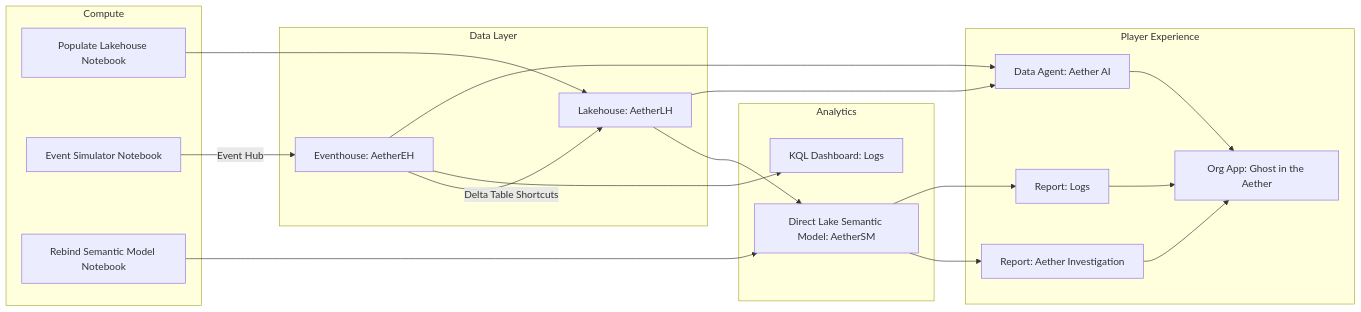
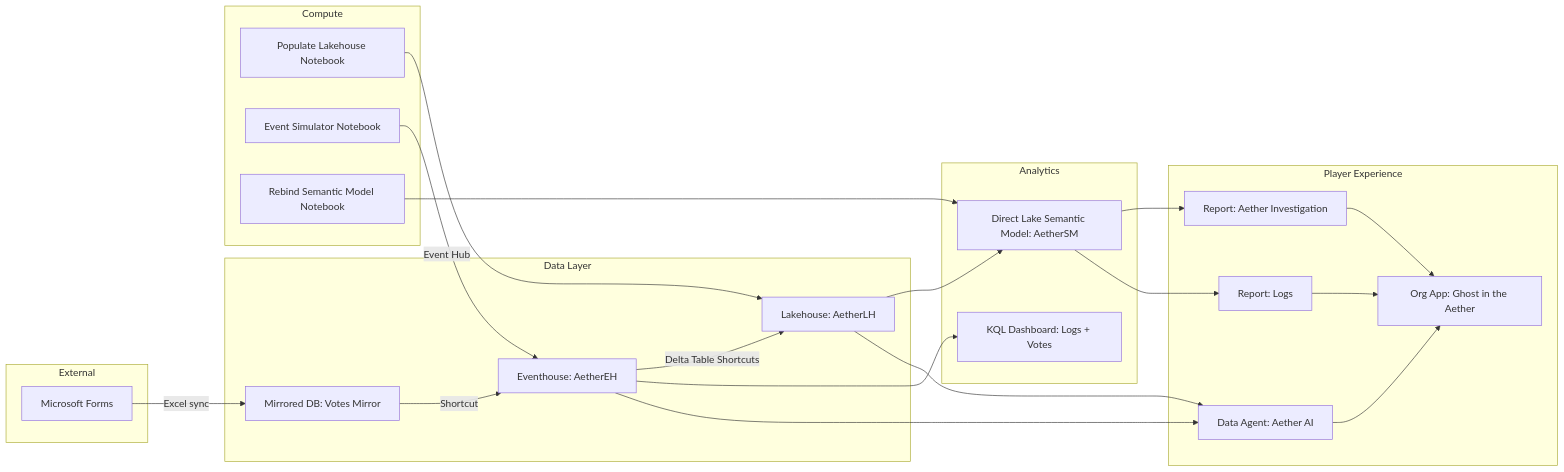
Before and after one commit to MitchSS/FabricMystery: the second of 2 diagrams in PLAN.md, drawn with Mermaid. The commit also changed other lines of this file and 3 other files, not shown here.

````diff
--- a/PLAN.md
+++ b/PLAN.md
@@ -191,39 +196,46 @@
 ```mermaid
 flowchart LR
     subgraph Data Layer
         LH[Lakehouse: AetherLH]
         EH[Eventhouse: AetherEH]
+        MIRROR[Mirrored DB: Votes Mirror]
     end
 
     subgraph Compute
         POP[Populate Lakehouse Notebook]
         SIM[Event Simulator Notebook]
         REB[Rebind Semantic Model Notebook]
     end
 
     subgraph Analytics
         SM[Direct Lake Semantic Model: AetherSM]
-        KD[KQL Dashboard: Logs]
+        KD[KQL Dashboard: Logs + Votes]
+    end
+
+    subgraph External
+        FORMS[Microsoft Forms]
     end
 
     subgraph Player Experience
         R1[Report: Aether Investigation]
         R2[Report: Logs]
         DA[Data Agent: Aether AI]
         APP[Org App: Ghost in the Aether]
     end
 
     POP --> LH
     SIM -->|Event Hub| EH
+    FORMS -->|Excel sync| MIRROR
+    MIRROR -->|Shortcut| EH
     EH -->|Delta Table Shortcuts| LH
     LH --> SM
     EH --> KD
     SM --> R1
     SM --> R2
     EH --> DA
     LH --> DA
     R1 --> APP
     R2 --> APP
     DA --> APP
     REB --> SM
 ```
````
